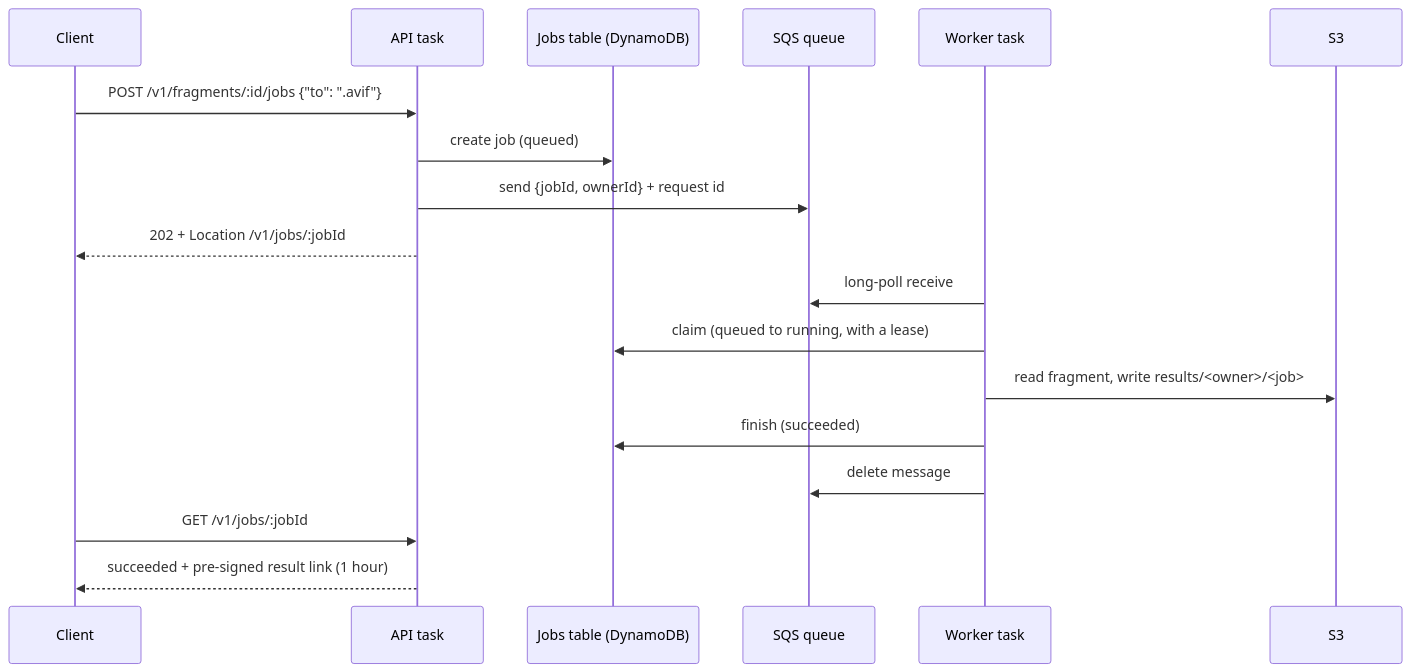
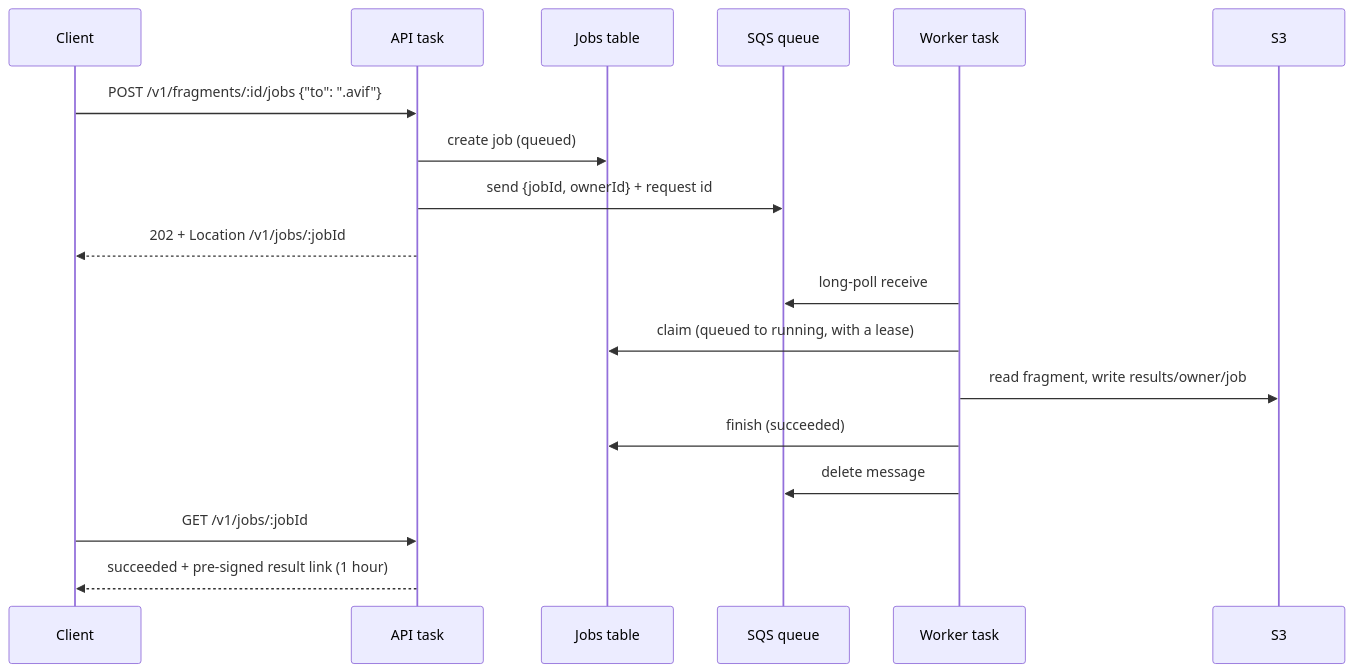
The fourth of 5 diagrams in README.md (AjayMaan13/fragments), drawn with Mermaid before and after one commit. The commit also changed other lines of this file and 3 other files, not shown here.

````diff
--- a/README.md
+++ b/README.md
@@ -194,20 +170,20 @@
 ```mermaid
 sequenceDiagram
     participant C as Client
     participant A as API task
-    participant J as Jobs table (DynamoDB)
+    participant J as Jobs table
     participant Q as SQS queue
     participant W as Worker task
     participant S as S3
     C->>A: POST /v1/fragments/:id/jobs {"to": ".avif"}
     A->>J: create job (queued)
     A->>Q: send {jobId, ownerId} + request id
     A-->>C: 202 + Location /v1/jobs/:jobId
     W->>Q: long-poll receive
     W->>J: claim (queued to running, with a lease)
-    W->>S: read fragment, write results/<owner>/<job>
+    W->>S: read fragment, write results/owner/job
     W->>J: finish (succeeded)
     W->>Q: delete message
     C->>A: GET /v1/jobs/:jobId
     A-->>C: succeeded + pre-signed result link (1 hour)
 ```
````
